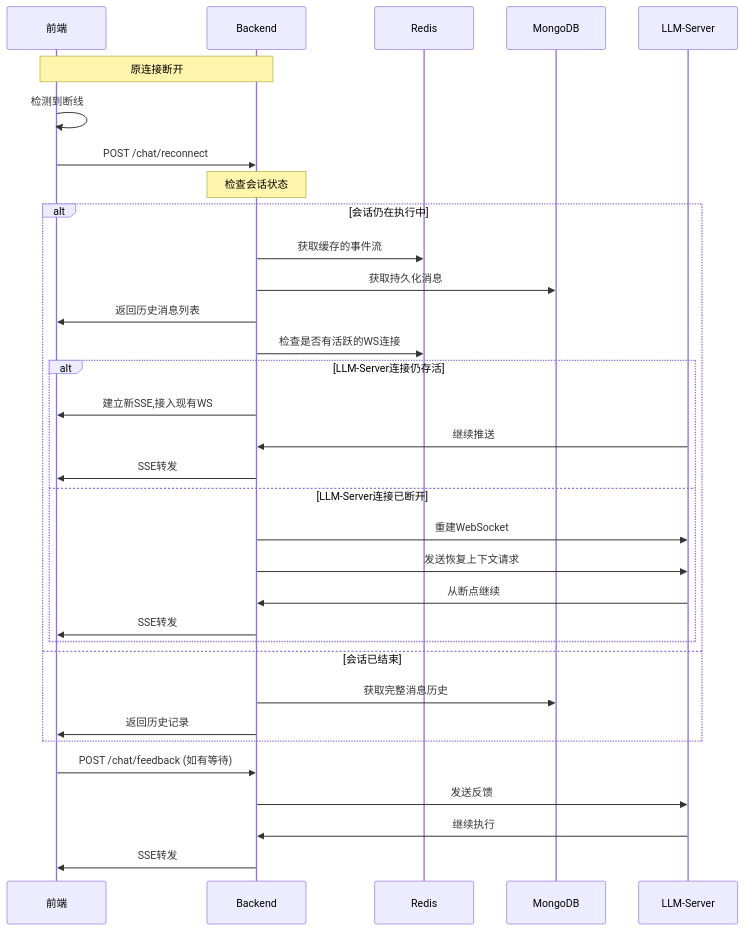
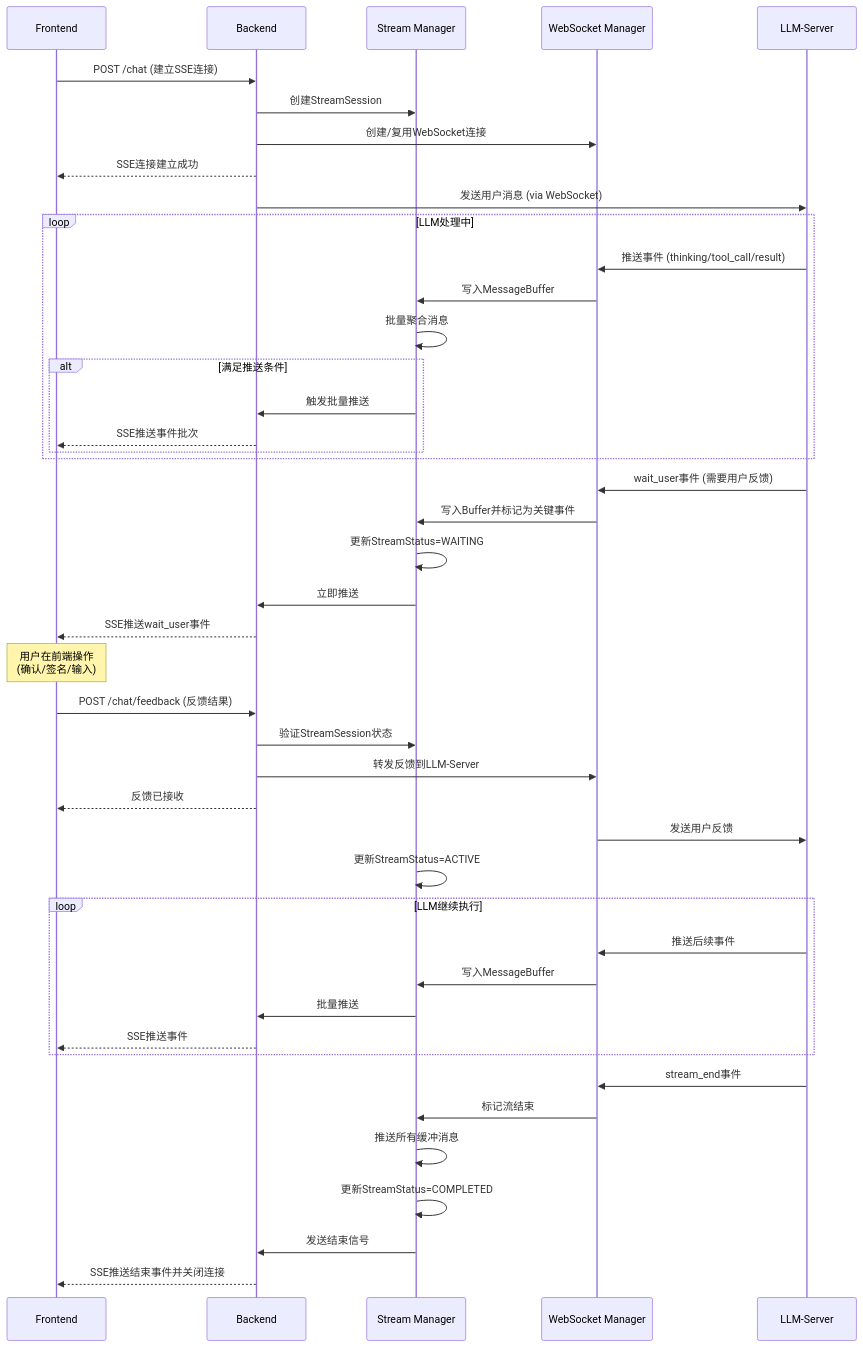
Before and after one commit to yingjianzh/iodraw-files: the diagram in all/未命名-10.md, drawn with Mermaid.

Commit message:
2025-12-19 16:12:39 update

````diff
--- a/all/未命名-10.md
+++ b/all/未命名-10.md
@@ -1,41 +1,56 @@
 ```mermaid
 sequenceDiagram
-    participant F as 前端
+    participant F as Frontend
     participant B as Backend
-    participant R as Redis
-    participant M as MongoDB
+    participant SM as Stream Manager
+    participant WS as WebSocket Manager
     participant L as LLM-Server
+
+    F->>B: POST /chat (建立SSE连接)
+    B->>SM: 创建StreamSession
+    B->>WS: 创建/复用WebSocket连接
+    B-->>F: SSE连接建立成功
+
+    B->>L: 发送用户消息 (via WebSocket)
     
-    Note over F,B: 原连接断开
-    F->>F: 检测到断线
-    
-    F->>B: POST /chat/reconnect
-    Note over B: 检查会话状态
-    
-    alt 会话仍在执行中
-        B->>R: 获取缓存的事件流
-        B->>M: 获取持久化消息
-        B->>F: 返回历史消息列表
+    loop LLM处理中
+        L->>WS: 推送事件 (thinking/tool_call/result)
+        WS->>SM: 写入MessageBuffer
+        SM->>SM: 批量聚合消息
         
-        B->>R: 检查是否有活跃的WS连接
-        alt LLM-Server连接仍存活
-            B->>F: 建立新SSE,接入现有WS
-            L->>B: 继续推送
-            B->>F: SSE转发
-        else LLM-Server连接已断开
-            B->>L: 重建WebSocket
-            B->>L: 发送恢复上下文请求
-            L->>B: 从断点继续
-            B->>F: SSE转发
+        alt 满足推送条件
+            SM->>B: 触发批量推送
+            B-->>F: SSE推送事件批次
         end
-        
-    else 会话已结束
-        B->>M: 获取完整消息历史
-        B->>F: 返回历史记录
     end
     
-    F->>B: POST /chat/feedback (如有等待)
-    B->>L: 发送反馈
-    L->>B: 继续执行
-    B->>F: SSE转发
+    L->>WS: wait_user事件 (需要用户反馈)
+    WS->>SM: 写入Buffer并标记为关键事件
+    SM->>SM: 更新StreamStatus=WAITING
+    SM->>B: 立即推送
+    B-->>F: SSE推送wait_user事件
+    
+    Note over F: 用户在前端操作<br/>(确认/签名/输入)
+    
+    F->>B: POST /chat/feedback (反馈结果)
+    B->>SM: 验证StreamSession状态
+    B->>WS: 转发反馈到LLM-Server
+    B-->>F: 反馈已接收
+    
+    WS->>L: 发送用户反馈
+    SM->>SM: 更新StreamStatus=ACTIVE
+    
+    loop LLM继续执行
+        L->>WS: 推送后续事件
+        WS->>SM: 写入MessageBuffer
+        SM->>B: 批量推送
+        B-->>F: SSE推送事件
+    end
+    
+    L->>WS: stream_end事件
+    WS->>SM: 标记流结束
+    SM->>SM: 推送所有缓冲消息
+    SM->>SM: 更新StreamStatus=COMPLETED
+    SM->>B: 发送结束信号
+    B-->>F: SSE推送结束事件并关闭连接
 ```
````
